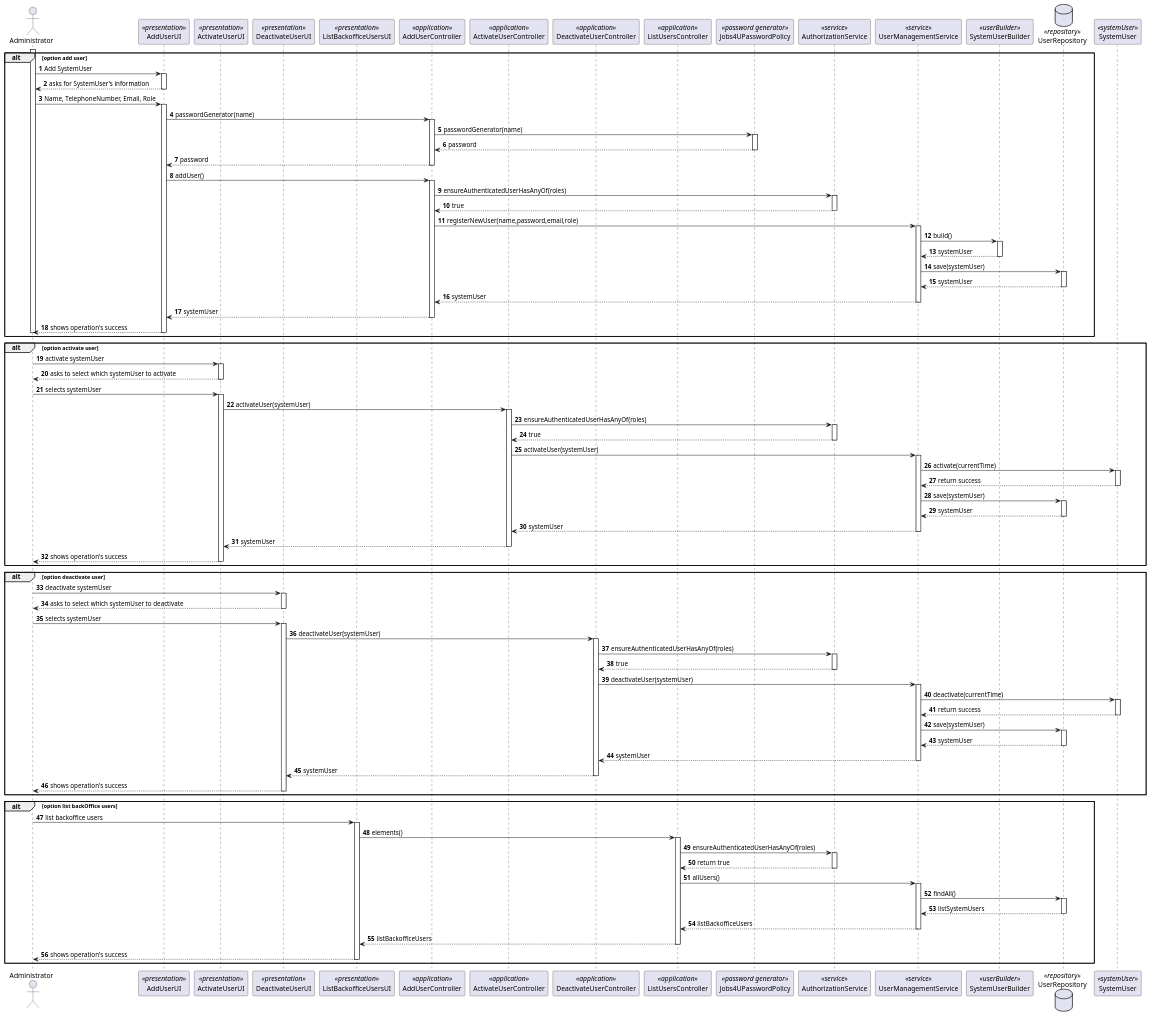
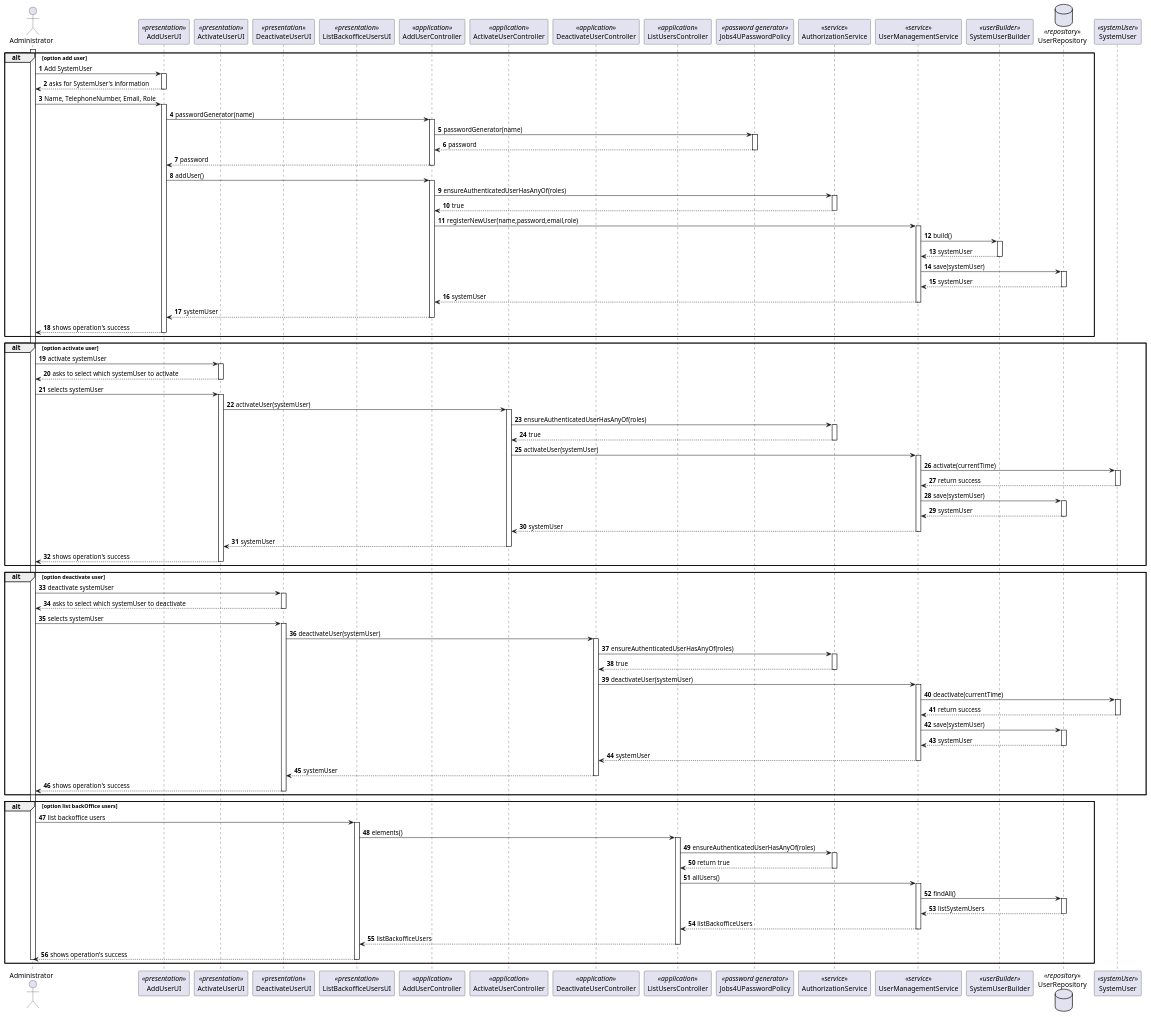
Before and after one commit to MiguelCardoso77/LAPR4: the diagram in docs/SprintB/1000/1000-sequence-diagram-overview.puml, drawn with PlantUML.

Commit message:
sequence diagram correction #8

```diff
--- a/docs/SprintB/1000/1000-sequence-diagram-overview.puml
+++ b/docs/SprintB/1000/1000-sequence-diagram-overview.puml
@@ -97,8 +97,6 @@
     AddUserUI --> Administrator : shows operation's success
 
         deactivate AddUserUI
-
-        deactivate Administrator
 end alt
 
 
@@ -161,8 +159,6 @@
     ActivateUserUI --> Administrator : shows operation's success
 
         deactivate ActivateUserUI
-
-        deactivate Administrator
 end alt
 
 
@@ -225,8 +221,6 @@
     DeactivateUserUI --> Administrator : shows operation's success
 
         deactivate DeactivateUserUI
-
-        deactivate Administrator
 end alt
 
 
```
